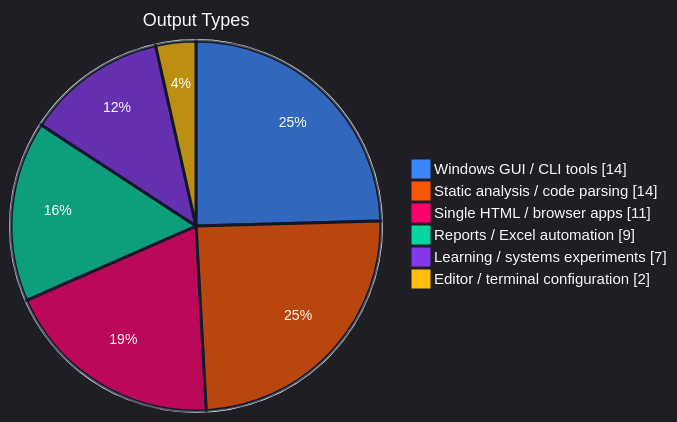
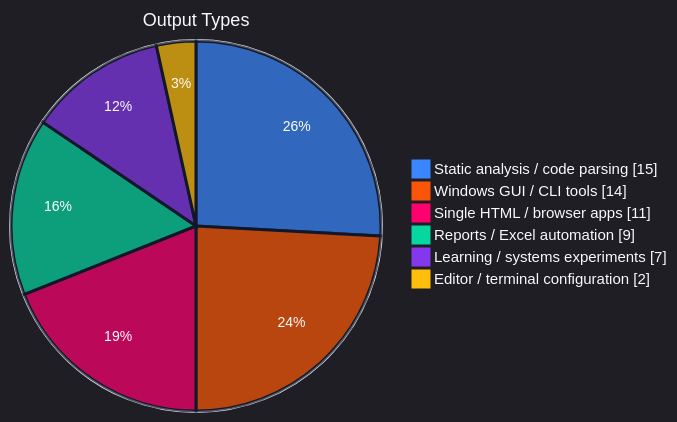
The second of 4 diagrams in README.md (SSsan-00/SSsan-00), drawn with Mermaid before and after one commit. The commit also changed other lines of this file and 2 other files, not shown here.

Commit message:
chore: update profile visuals

````diff
--- a/README.md
+++ b/README.md
@@ -56,11 +56,11 @@
 ```mermaid
 %%{init: {"theme":"dark","themeVariables":{"background":"#0f172a","mainBkg":"#0f172a","textColor":"#f8fafc","primaryTextColor":"#f8fafc","pieStrokeColor":"#0f172a","pieStrokeWidth":"3px","pieOuterStrokeColor":"#f8fafc","pieOuterStrokeWidth":"2px","pieTitleTextColor":"#f8fafc","pieTitleTextSize":"18px","pieLegendTextColor":"#f8fafc","pieLegendTextSize":"15px","pieSectionTextColor":"#ffffff","pieSectionTextSize":"14px","pie1":"#3a86ff","pie2":"#fb5607","pie3":"#ff006e","pie4":"#06d6a0","pie5":"#8338ec","pie6":"#ffbe0b"}}}%%
 pie showData
   title Output Types
+  "Static analysis / code parsing" : 15
   "Windows GUI / CLI tools" : 14
-  "Static analysis / code parsing" : 14
   "Single HTML / browser apps" : 11
   "Reports / Excel automation" : 9
   "Learning / systems experiments" : 7
   "Editor / terminal configuration" : 2
 ```
````
